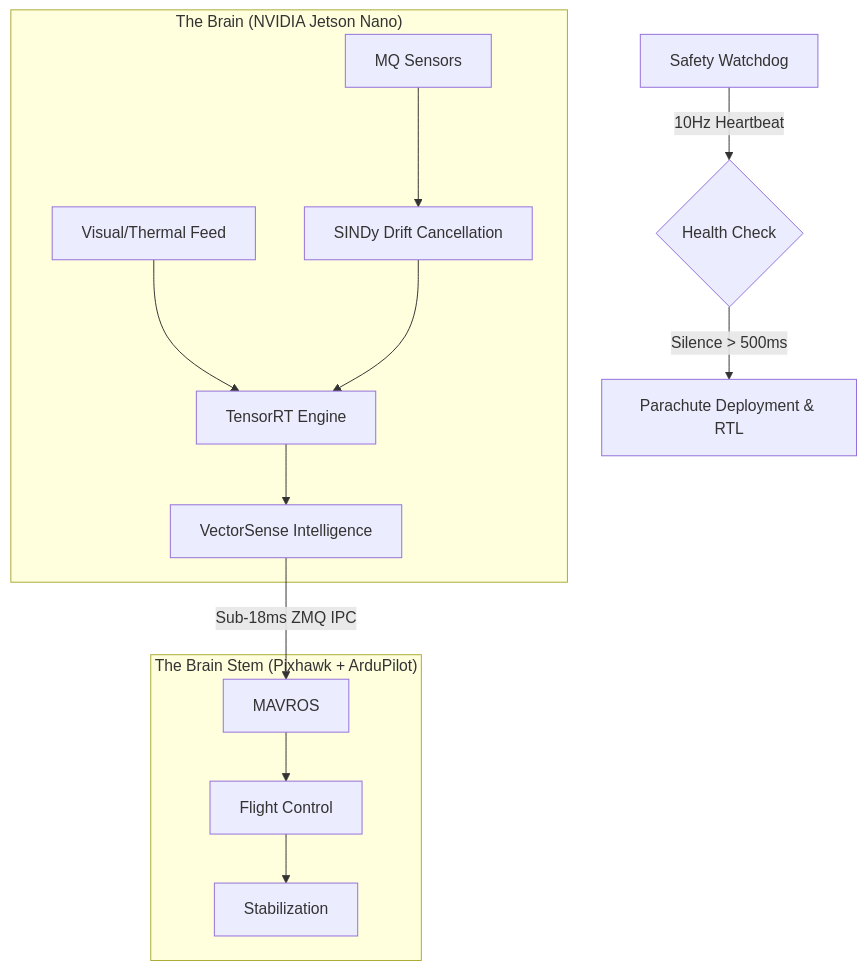
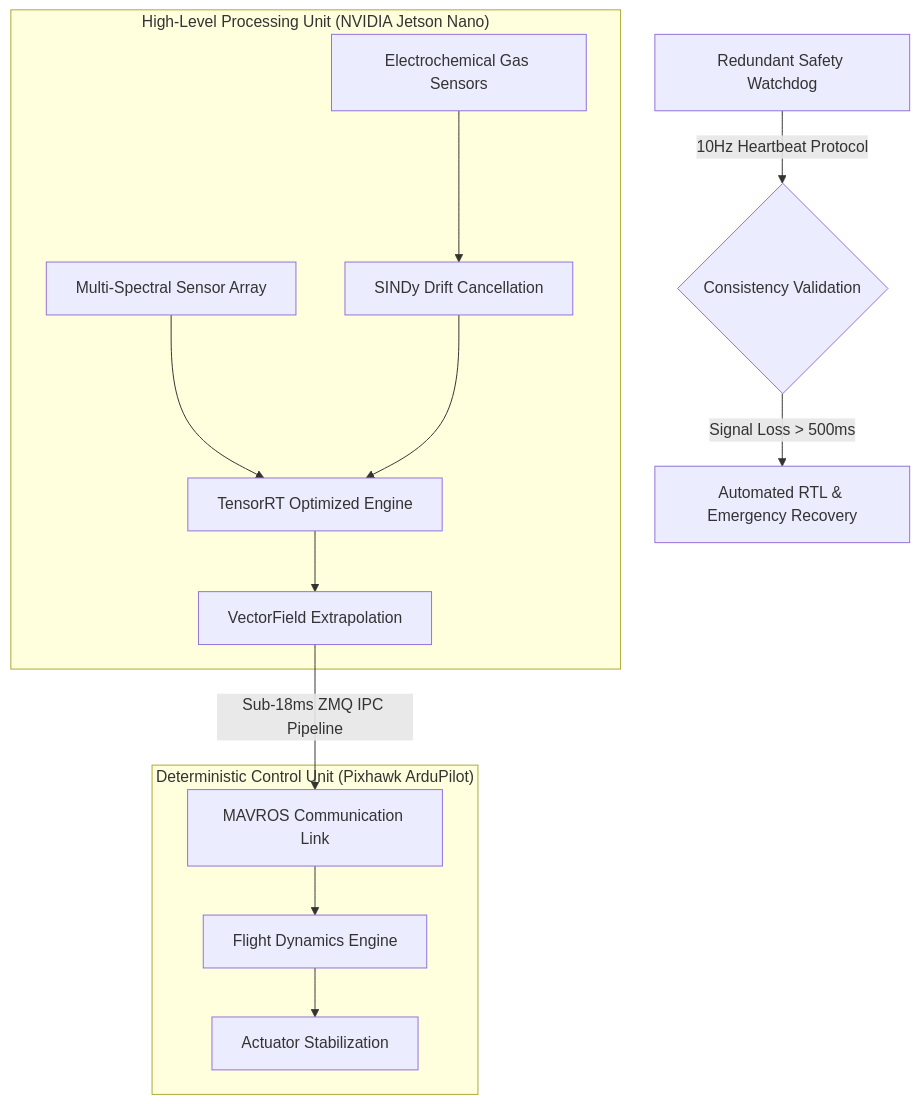
The diagram in README.md (SourishSenapati/VECTORSENSE), drawn with Mermaid before and after one commit. The commit also changed other lines of this file and 3 other files, not shown here.

````diff
--- a/README.md
+++ b/README.md
@@ -11,18 +11,18 @@
 ```mermaid
 graph TD
-    subgraph "The Brain (NVIDIA Jetson Nano)"
-        A[Visual/Thermal Feed] --> B[TensorRT Engine]
-        C[MQ Sensors] --> D[SINDy Drift Cancellation]
+    subgraph "High-Level Processing Unit (NVIDIA Jetson Nano)"
+        A[Multi-Spectral Sensor Array] --> B[TensorRT Optimized Engine]
+        C[Electrochemical Gas Sensors] --> D[SINDy Drift Cancellation]
         D --> B
-        B --> E[VectorSense Intelligence]
+        B --> E[VectorField Extrapolation]
     end
 
-    subgraph "The Brain Stem (Pixhawk + ArduPilot)"
-        F[MAVROS] --> G[Flight Control]
-        G --> H[Stabilization]
+    subgraph "Deterministic Control Unit (Pixhawk ArduPilot)"
+        F[MAVROS Communication Link] --> G[Flight Dynamics Engine]
+        G --> H[Actuator Stabilization]
     end
 
-    E -- Sub-18ms ZMQ IPC --> F
-    I[Safety Watchdog] -- 10Hz Heartbeat --> J{Health Check}
-    J -- Silence > 500ms --> K[Parachute Deployment & RTL]
+    E -- Sub-18ms ZMQ IPC Pipeline --> F
+    I[Redundant Safety Watchdog] -- 10Hz Heartbeat Protocol --> J{Consistency Validation}
+    J -- Signal Loss > 500ms --> K[Automated RTL & Emergency Recovery]
 ```
````
